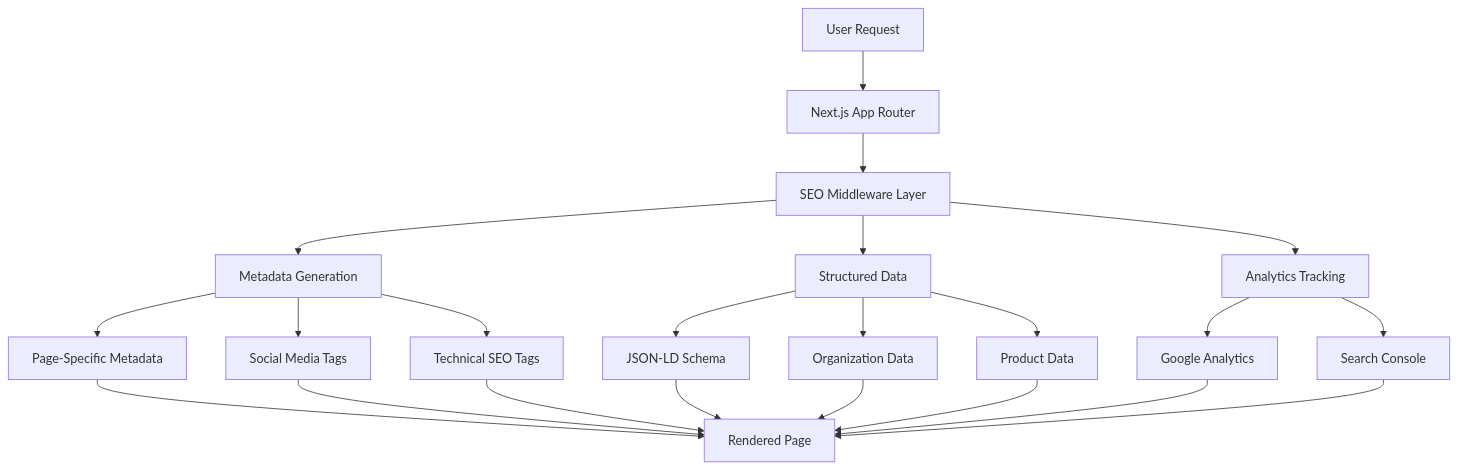
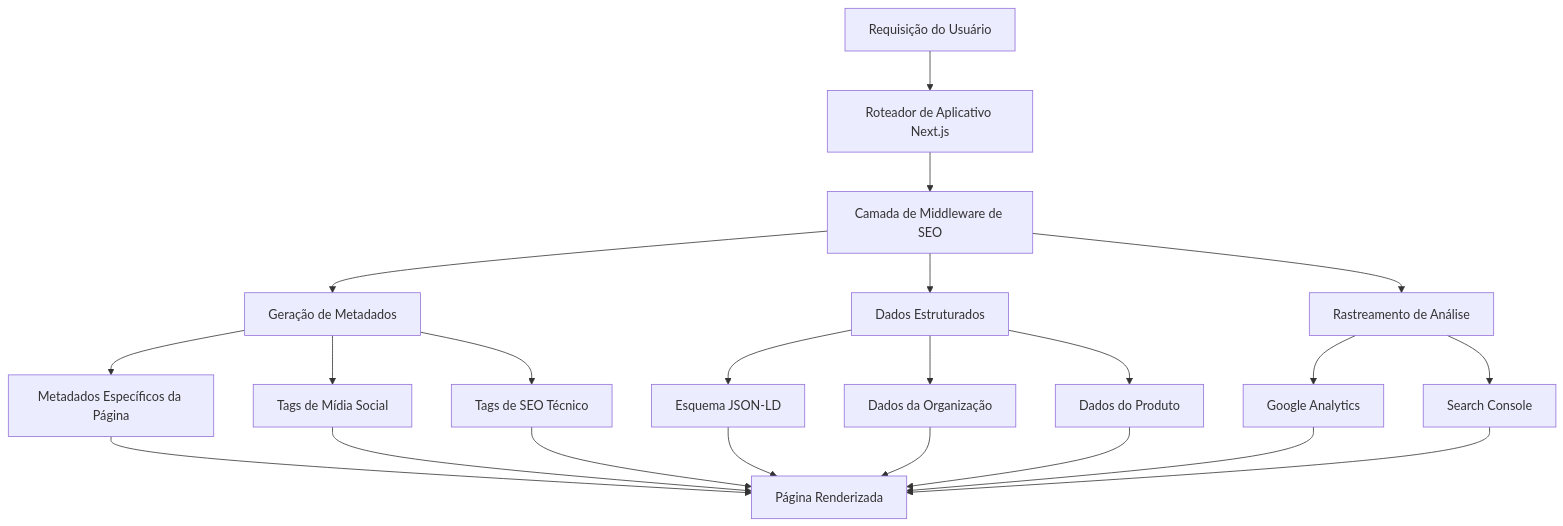
One commit to gumiranda/crazynator changed the diagram in specs/seo-optimization/design.md. Above: the diagram before and after it, drawn with Mermaid. The commit also changed other lines of this file and 9 other files, not shown here.

````diff
--- a/specs/seo-optimization/design.md
+++ b/specs/seo-optimization/design.md
@@ -13,28 +13,28 @@
 ```mermaid
 graph TB
-    A[User Request] --> B[Next.js App Router]
-    B --> C[SEO Middleware Layer]
-    C --> D[Metadata Generation]
-    C --> E[Structured Data]
-    C --> F[Analytics Tracking]
+    A[Requisição do Usuário] --> B[Roteador de Aplicativo Next.js]
+    B --> C[Camada de Middleware de SEO]
+    C --> D[Geração de Metadados]
+    C --> E[Dados Estruturados]
+    C --> F[Rastreamento de Análise]
 
-    D --> G[Page-Specific Metadata]
-    D --> H[Social Media Tags]
-    D --> I[Technical SEO Tags]
+    D --> G[Metadados Específicos da Página]
+    D --> H[Tags de Mídia Social]
+    D --> I[Tags de SEO Técnico]
 
-    E --> J[JSON-LD Schema]
-    E --> K[Organization Data]
-    E --> L[Product Data]
+    E --> J[Esquema JSON-LD]
+    E --> K[Dados da Organização]
+    E --> L[Dados do Produto]
 
     F --> M[Google Analytics]
     F --> N[Search Console]
 
-    G --> O[Rendered Page]
+    G --> O[Página Renderizada]
     H --> O
     I --> O
     J --> O
     K --> O
     L --> O
     M --> O
     N --> O
 ```
````
